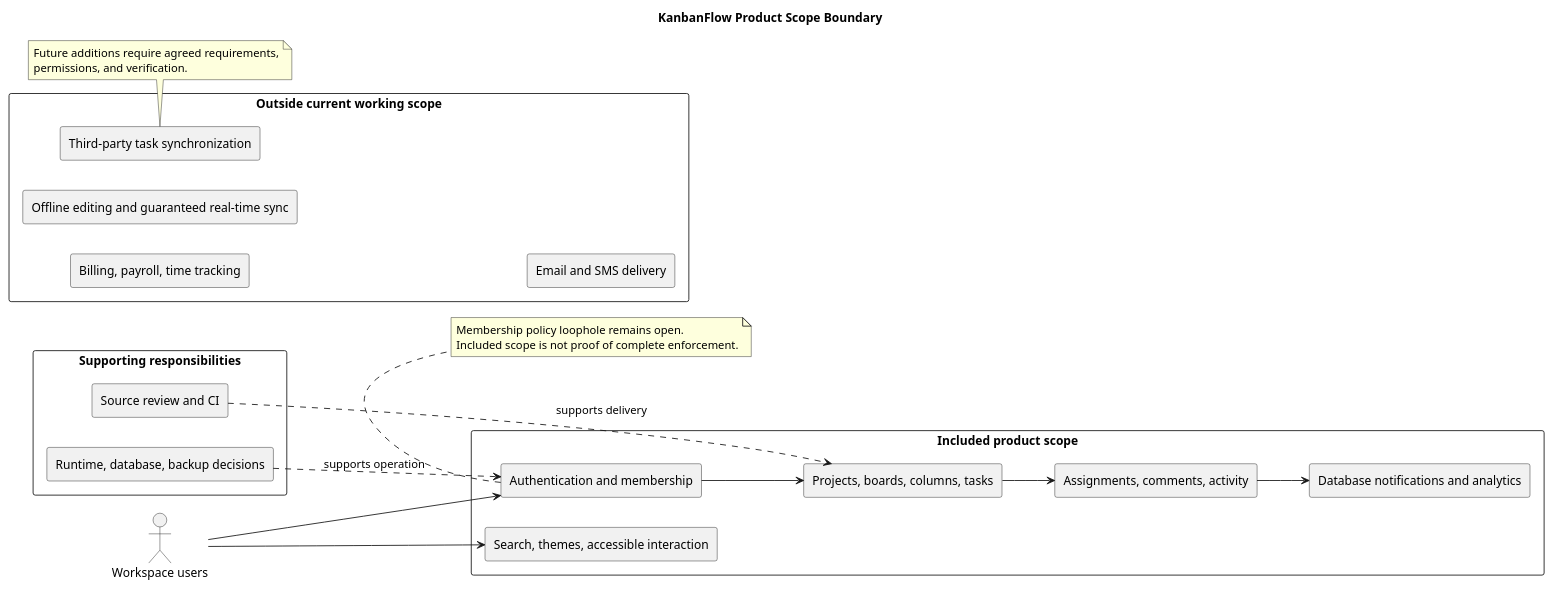
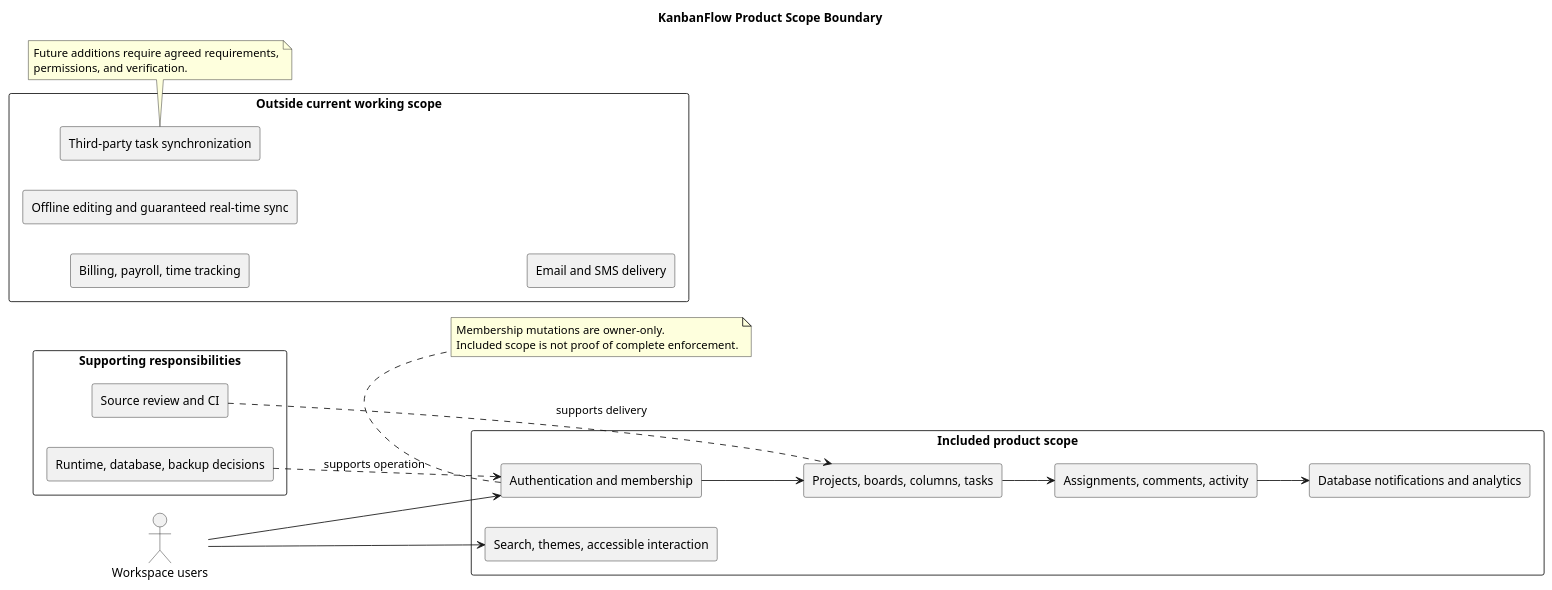
One commit to Farhad-Valizadegan/Web-KanbanFlow changed the diagram in docs/Project-Definition/diagrams/scope-boundary-diagram.puml. Above: the diagram before and after it, drawn with PlantUML. The commit also changed 127 other files, not shown here.

```diff
--- a/docs/Project-Definition/diagrams/scope-boundary-diagram.puml
+++ b/docs/Project-Definition/diagrams/scope-boundary-diagram.puml
@@ -1,37 +1,37 @@
 @startuml
 title KanbanFlow Product Scope Boundary
 left to right direction
 actor "Workspace users" as Users
 rectangle "Included product scope" {
  rectangle "Authentication and membership" as Auth
  rectangle "Projects, boards, columns, tasks" as Work
  rectangle "Assignments, comments, activity" as Collaboration
  rectangle "Database notifications and analytics" as Insights
  rectangle "Search, themes, accessible interaction" as UX
 }
 rectangle "Supporting responsibilities" {
  rectangle "Source review and CI" as CI
  rectangle "Runtime, database, backup decisions" as Operations
 }
 rectangle "Outside current working scope" {
  rectangle "Billing, payroll, time tracking" as Business
  rectangle "Offline editing and guaranteed real-time sync" as Sync
  rectangle "Third-party task synchronization" as Integration
  rectangle "Email and SMS delivery" as Delivery
 }
 Users --> Auth
 Auth --> Work
 Work --> Collaboration
 Collaboration --> Insights
 Users --> UX
 CI ..> Work : supports delivery
 Operations ..> Auth : supports operation
 note bottom of Auth
-Membership policy loophole remains open.
+Membership mutations are owner-only.
 Included scope is not proof of complete enforcement.
 end note
 note bottom of Integration
 Future additions require agreed requirements,
 permissions, and verification.
 end note
 @enduml
```
